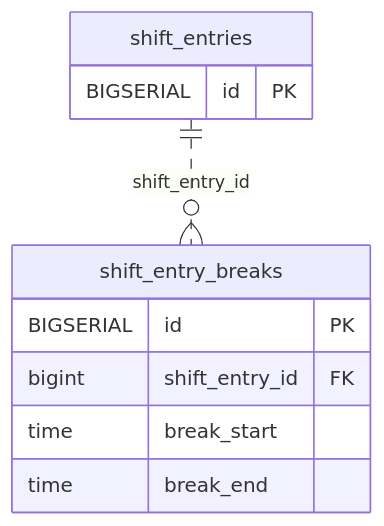
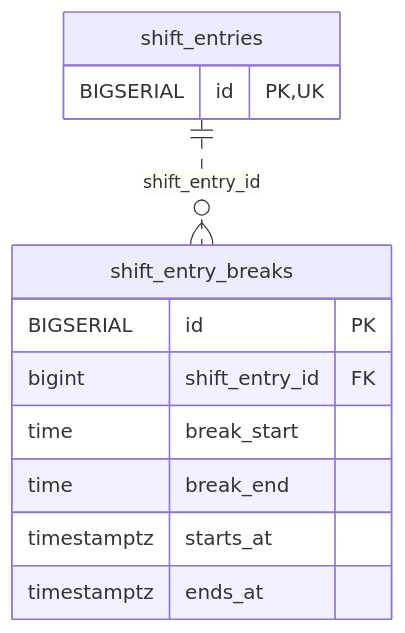
One commit to MinoruSoga/AnimalEkarte changed the diagram in docs/architecture/erd-detail/shift_entry_breaks.md. Above: the diagram before and after it, drawn with Mermaid. The commit also changed other lines of this file and 131 other files, not shown here.

````diff
--- a/docs/architecture/erd-detail/shift_entry_breaks.md
+++ b/docs/architecture/erd-detail/shift_entry_breaks.md
@@ -27,13 +29,15 @@
 ```mermaid
 erDiagram
     shift_entry_breaks {
         BIGSERIAL id PK
         bigint shift_entry_id FK
         time break_start
         time break_end
+        timestamptz starts_at
+        timestamptz ends_at
     }
     shift_entries {
-        BIGSERIAL id PK
+        BIGSERIAL id PK,UK
     }
     shift_entries ||..o{ shift_entry_breaks : "shift_entry_id"
 ```
````
